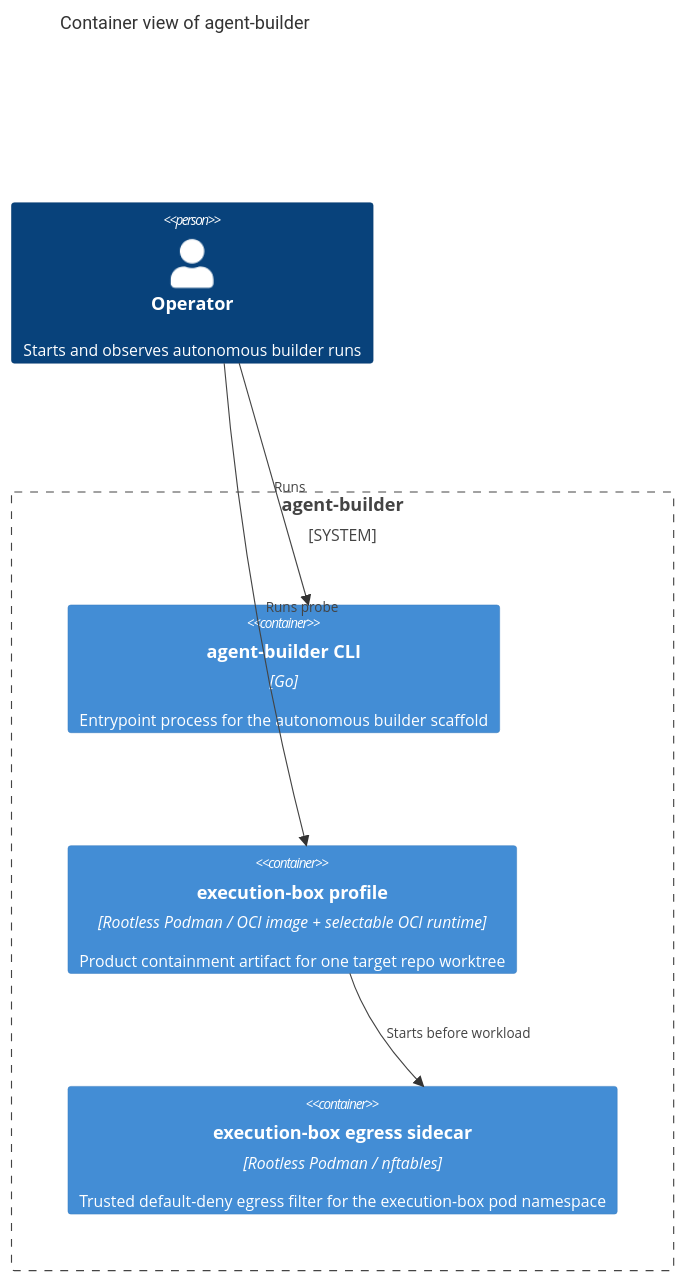
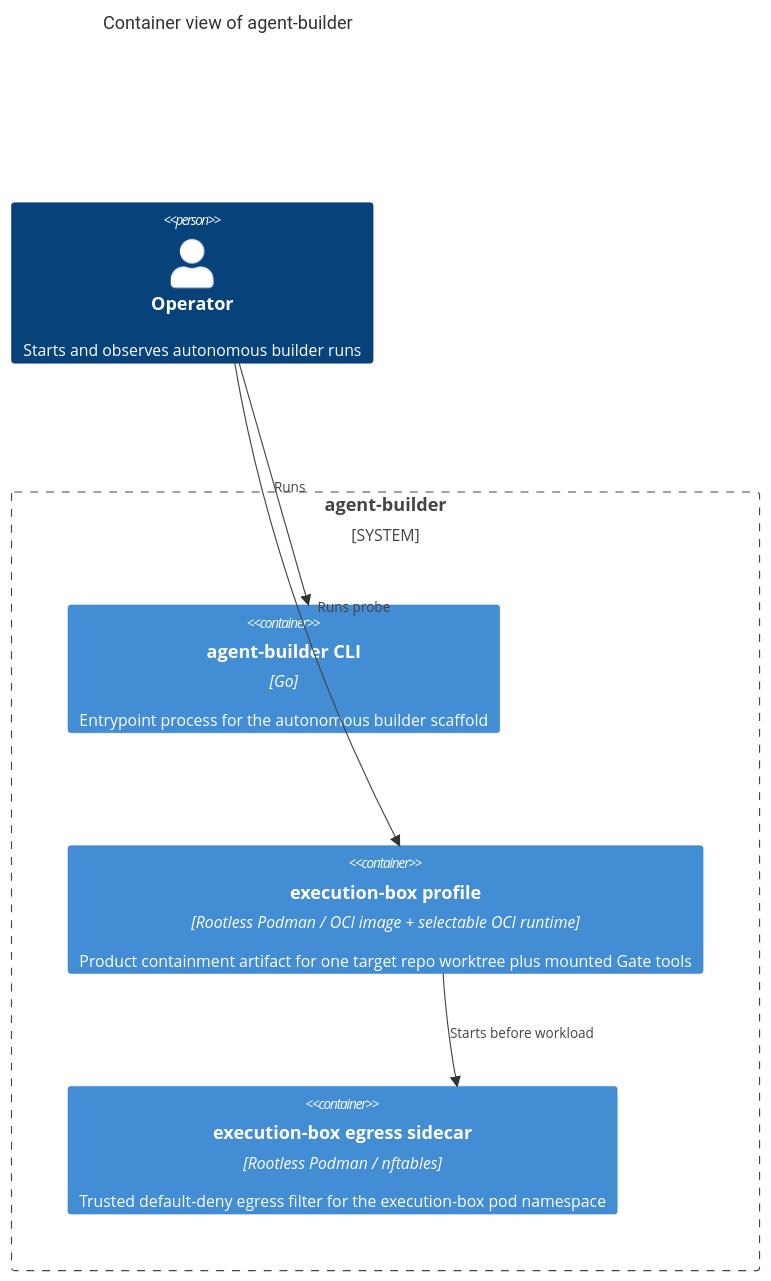
One commit to tkdtaylor/agent-builder changed the second of 4 diagrams in docs/architecture/diagrams.md. Above: the diagram before and after it, drawn with Mermaid. The commit also changed other lines of this file and 11 other files, not shown here.

Commit message:
feat: complete task 033 — execution-box gate toolchain

````diff
--- a/docs/architecture/diagrams.md
+++ b/docs/architecture/diagrams.md
@@ -42,16 +42,16 @@
 ```mermaid
 C4Container
     title Container view of agent-builder
 
     Person(operator, "Operator", "Starts and observes autonomous builder runs")
 
     System_Boundary(boundary, "agent-builder") {
         Container(cli, "agent-builder CLI", "Go", "Entrypoint process for the autonomous builder scaffold")
-        Container(execBox, "execution-box profile", "Rootless Podman / OCI image + selectable OCI runtime", "Product containment artifact for one target repo worktree")
+        Container(execBox, "execution-box profile", "Rootless Podman / OCI image + selectable OCI runtime", "Product containment artifact for one target repo worktree plus mounted Gate tools")
         Container(egressSidecar, "execution-box egress sidecar", "Rootless Podman / nftables", "Trusted default-deny egress filter for the execution-box pod namespace")
     }
 
     Rel(operator, cli, "Runs")
     Rel(operator, execBox, "Runs probe")
     Rel(execBox, egressSidecar, "Starts before workload")
 ```
````
